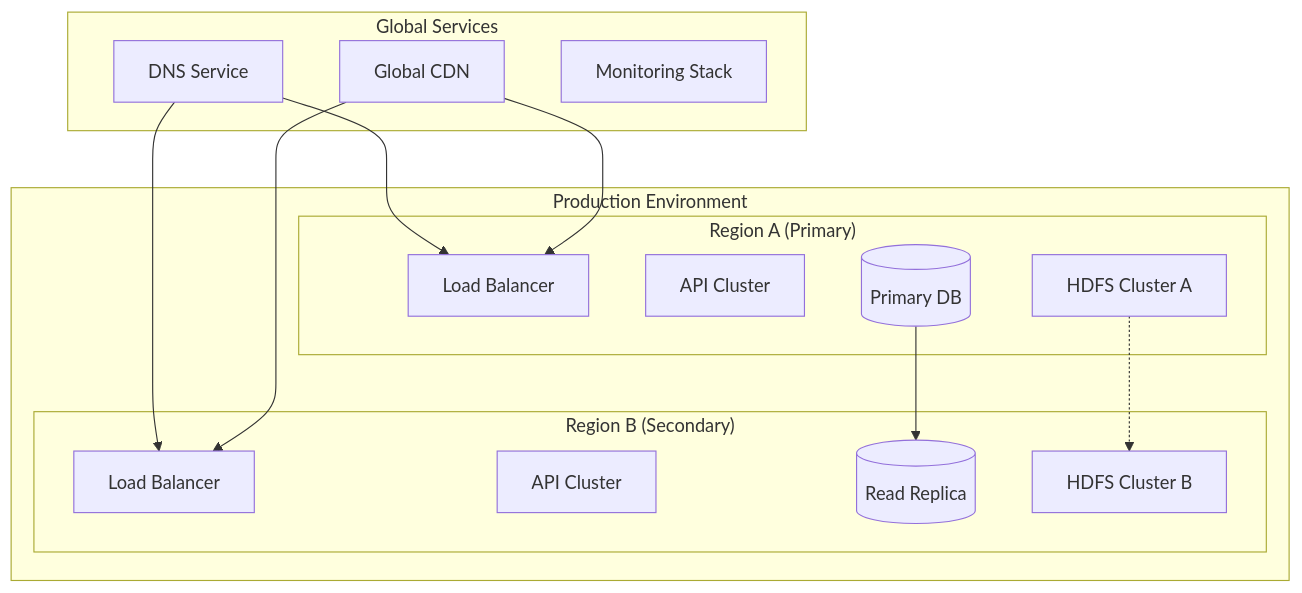
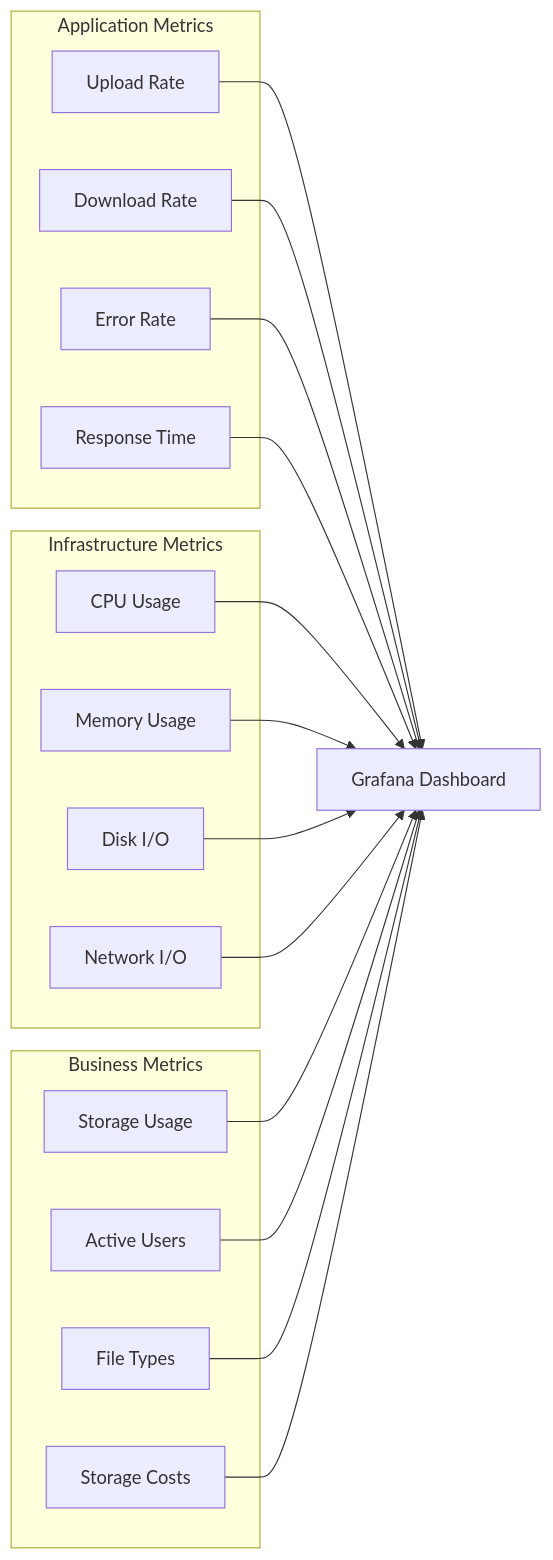
Before and after one commit to shayne007/blog: the seventh of 8 diagrams in source/_posts/Design-File-Storage-Service.md, drawn with Mermaid. The commit also changed other lines of this file and 1 other file, not shown here.

```diff
--- a/source/_posts/Design-File-Storage-Service.md
+++ b/source/_posts/Design-File-Storage-Service.md
@@ -391,30 +730,35 @@
-{% mermaid graph %}
-    subgraph "Production Environment"
-        subgraph "Region A (Primary)"
-            LB1[Load Balancer]
-            API1[API Cluster]
-            DB1[(Primary DB)]
-            HDFS1[HDFS Cluster A]
-        end
-        
-        subgraph "Region B (Secondary)"
-            LB2[Load Balancer]
-            API2[API Cluster]
-            DB2[(Read Replica)]
-            HDFS2[HDFS Cluster B]
-        end
+{% mermaid graph LR %}
+    subgraph "Application Metrics"
+        A[Upload Rate]
+        B[Download Rate]
+        C[Error Rate]
+        D[Response Time]
     end
     
-    subgraph "Global Services"
-        CDN[Global CDN]
-        DNS[DNS Service]
-        Monitor[Monitoring Stack]
+    subgraph "Infrastructure Metrics"
+        E[CPU Usage]
+        F[Memory Usage]
+        G[Disk I/O]
+        H[Network I/O]
     end
     
-    DNS --> LB1
-    DNS --> LB2
-    CDN --> LB1
-    CDN --> LB2
-    DB1 --> DB2
-    HDFS1 -.-> HDFS2
+    subgraph "Business Metrics"
+        I[Storage Usage]
+        J[Active Users]
+        K[File Types]
+        L[Storage Costs]
+    end
+    
+    A --> M[Grafana Dashboard]
+    B --> M
+    C --> M
+    D --> M
+    E --> M
+    F --> M
+    G --> M
+    H --> M
+    I --> M
+    J --> M
+    K --> M
+    L --> M
 {% endmermaid %}
```
